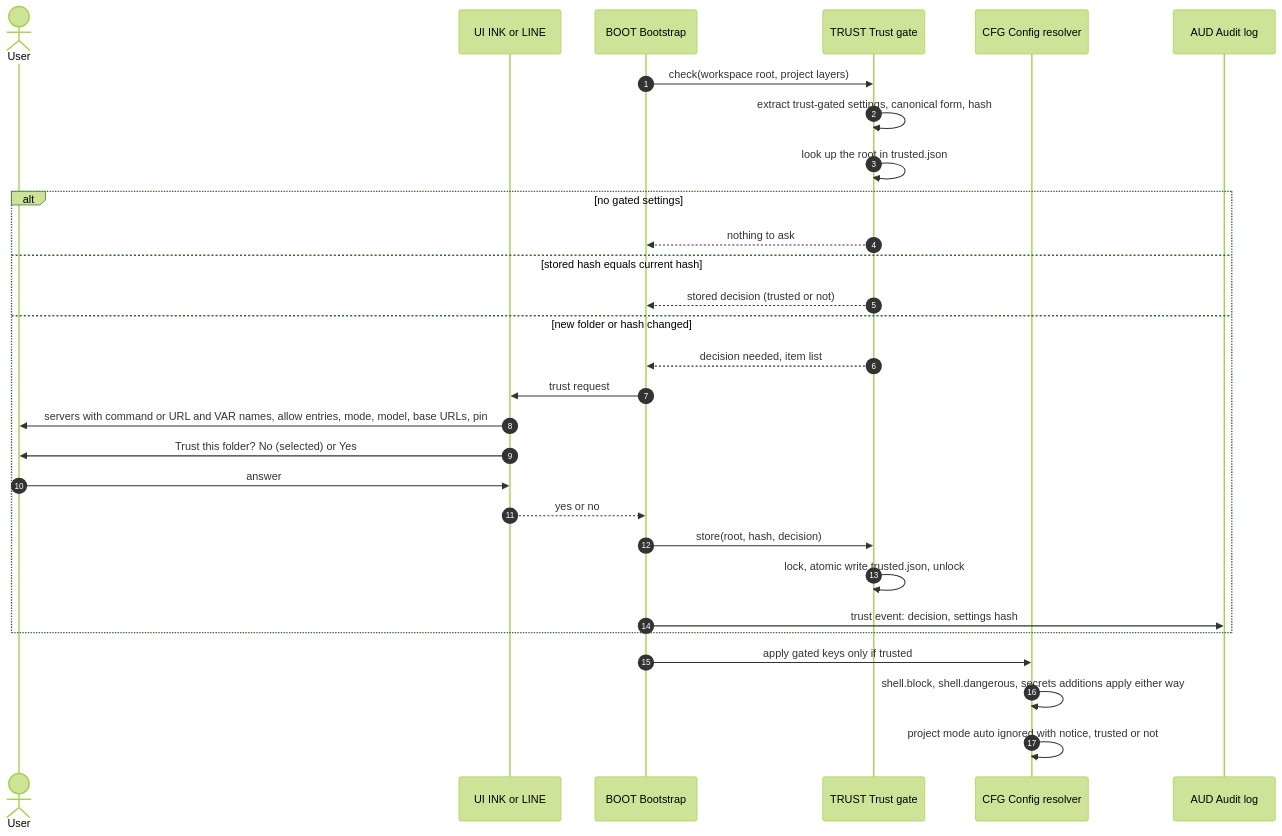
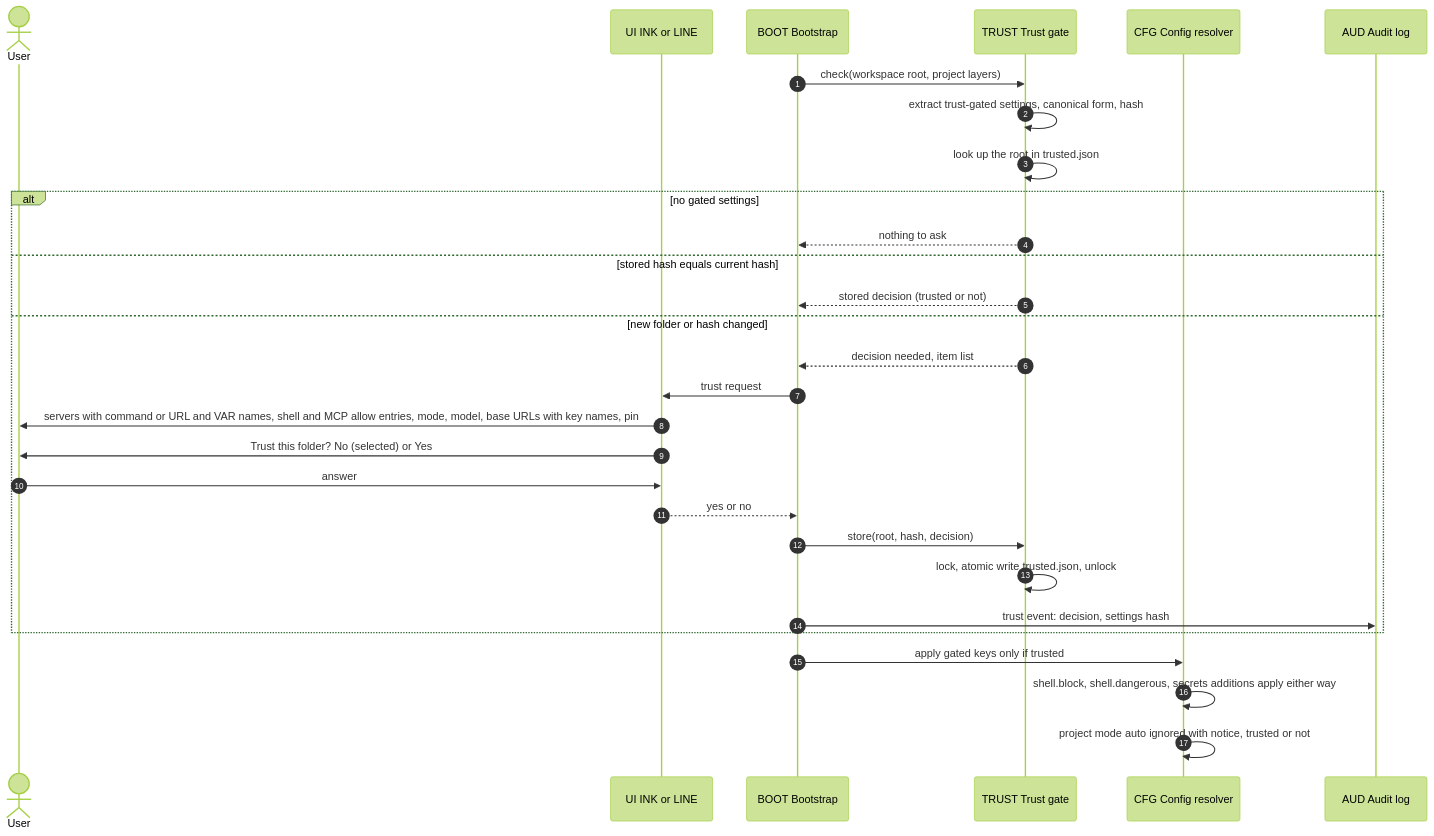
One commit to Dakshnagpal/antai-agent changed the fifth of 46 diagrams in docs/Deliverables/03_sequence_diagrams.md. Above: the diagram before and after it, drawn with Mermaid (forest theme). The commit also changed other lines of this file and 18 other files, not shown here.

````diff
--- a/docs/Deliverables/03_sequence_diagrams.md
+++ b/docs/Deliverables/03_sequence_diagrams.md
@@ -393,31 +399,31 @@
 ```mermaid
 sequenceDiagram
     autonumber
     actor U as User
     participant UI as UI INK or LINE
     participant BOOT as BOOT Bootstrap
     participant TRUST as TRUST Trust gate
     participant CFG as CFG Config resolver
     participant AUD as AUD Audit log
     BOOT->>TRUST: check(workspace root, project layers)
     TRUST->>TRUST: extract trust-gated settings, canonical form, hash
     TRUST->>TRUST: look up the root in trusted.json
     alt no gated settings
         TRUST-->>BOOT: nothing to ask
     else stored hash equals current hash
         TRUST-->>BOOT: stored decision (trusted or not)
     else new folder or hash changed
         TRUST-->>BOOT: decision needed, item list
         BOOT->>UI: trust request
-        UI->>U: servers with command or URL and VAR names, allow entries, mode, model, base URLs, pin
+        UI->>U: servers with command or URL and VAR names, shell and MCP allow entries, mode, model, base URLs with key names, pin
         UI->>U: Trust this folder? No (selected) or Yes
         U->>UI: answer
         UI-->>BOOT: yes or no
         BOOT->>TRUST: store(root, hash, decision)
         TRUST->>TRUST: lock, atomic write trusted.json, unlock
         BOOT->>AUD: trust event: decision, settings hash
     end
     BOOT->>CFG: apply gated keys only if trusted
     CFG->>CFG: shell.block, shell.dangerous, secrets additions apply either way
     CFG->>CFG: project mode auto ignored with notice, trusted or not
 ```
````
